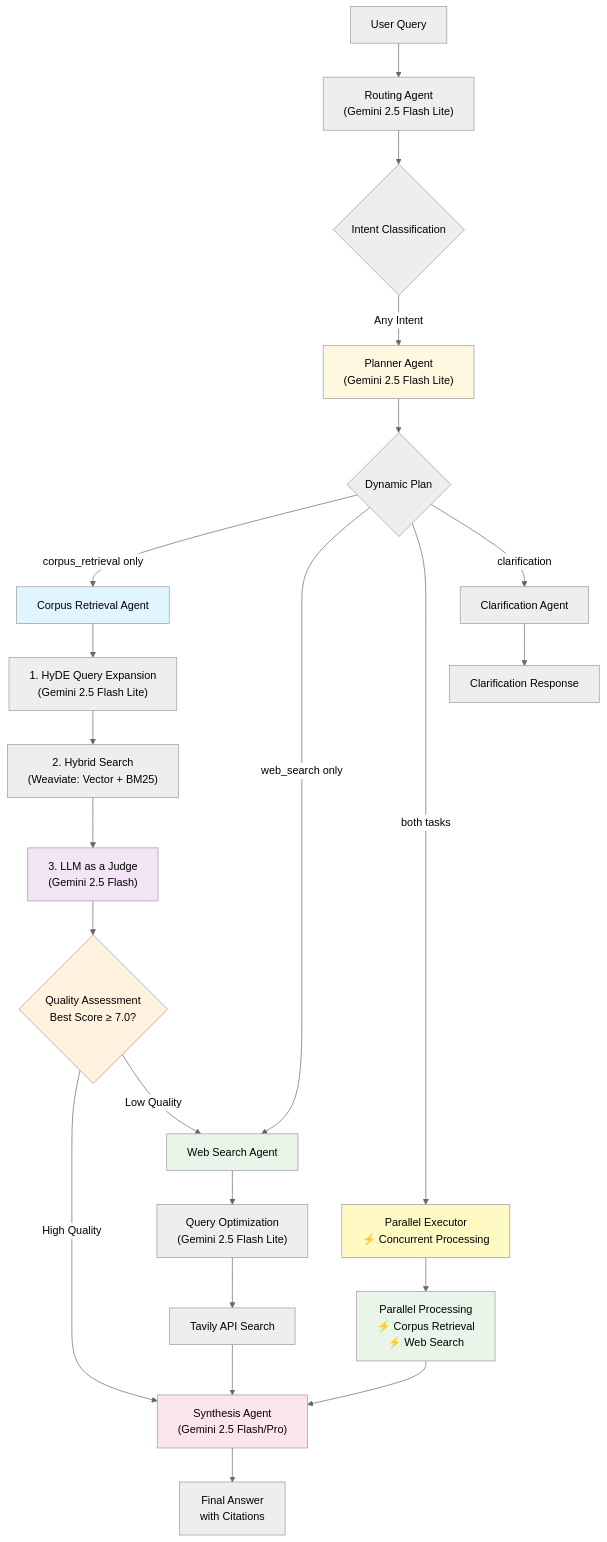
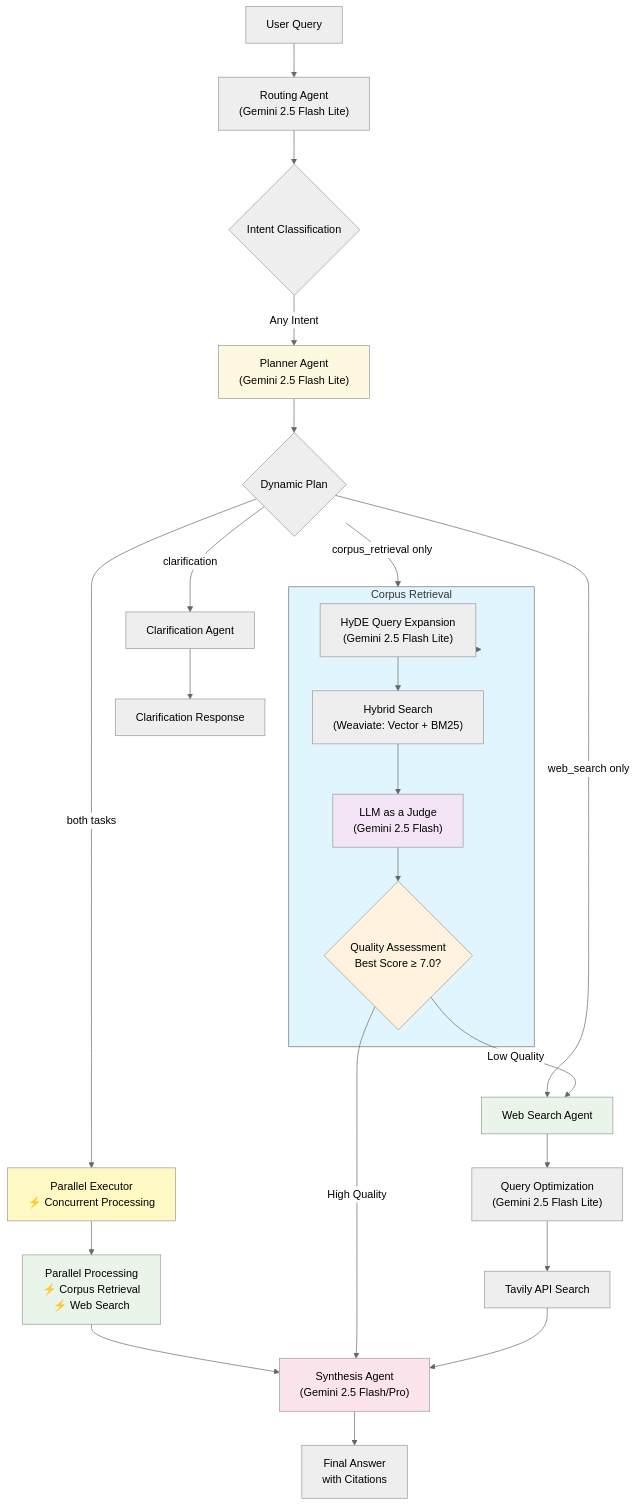
The diagram in README.md (Additrien/arc-fusion), drawn with Mermaid (neutral theme) before and after one commit. The commit also changed other lines of this file, not shown here.

Commit message:
update mermaid graph

````diff
--- a/README.md
+++ b/README.md
@@ -43,32 +43,43 @@
 ```mermaid
 graph TD
     A["User Query"] --> B["Routing Agent<br/>(Gemini 2.5 Flash Lite)"]
     B --> C{"Intent Classification"}
     C -->|"Any Intent"| P["Planner Agent<br/>(Gemini 2.5 Flash Lite)"]
     P --> D{"Dynamic Plan"}
-    D -->|"corpus_retrieval only"| E["Corpus Retrieval Agent"]
+    D -->|"corpus_retrieval only"| E(Corpus Retrieval Agent)
     D -->|"web_search only"| F["Web Search Agent"] 
     D -->|"both tasks"| PE["Parallel Executor<br/>⚡ Concurrent Processing"]
     D -->|"clarification"| G["Clarification Agent"]
+    
     PE --> E2["Parallel Processing<br/>⚡ Corpus Retrieval<br/>⚡ Web Search"]
     E2 --> H["Synthesis Agent<br/>(Gemini 2.5 Flash/Pro)"]
-    E --> E1["1. HyDE Query Expansion<br/>(Gemini 2.5 Flash Lite)"]
-    E1 --> E3["2. Hybrid Search<br/>(Weaviate: Vector + BM25)"]
-    E3 --> E4["3. LLM as a Judge<br/>(Gemini 2.5 Flash)"]
-    E4 --> E5{"Quality Assessment<br/>Best Score ≥ 7.0?"}
+    
+    subgraph E [Corpus Retrieval]
+        E1["HyDE Query Expansion<br/>(Gemini 2.5 Flash Lite)"]
+        E3["Hybrid Search<br/>(Weaviate: Vector + BM25)"]
+        E4["LLM as a Judge<br/>(Gemini 2.5 Flash)"]
+        E5{"Quality Assessment<br/>Best Score ≥ 7.0?"}
+    end
+
+    E --> E1 --> E3 --> E4 --> E5
+    
     E5 -->|"High Quality"| H
     E5 -->|"Low Quality"| F
+    
     F --> F1["Query Optimization<br/>(Gemini 2.5 Flash Lite)"]
     F1 --> F2["Tavily API Search"]
     F2 --> H
+    
     G --> I["Clarification Response"]
+    
     H --> J["Final Answer<br/>with Citations"]
+    
     style E fill:#e1f5fe
     style E4 fill:#f3e5f5
     style E5 fill:#fff3e0
     style F fill:#e8f5e8
     style H fill:#fce4ec
     style P fill:#fff8e1
     style PE fill:#fff9c4
     style E2 fill:#e8f5e8
 ```
````
